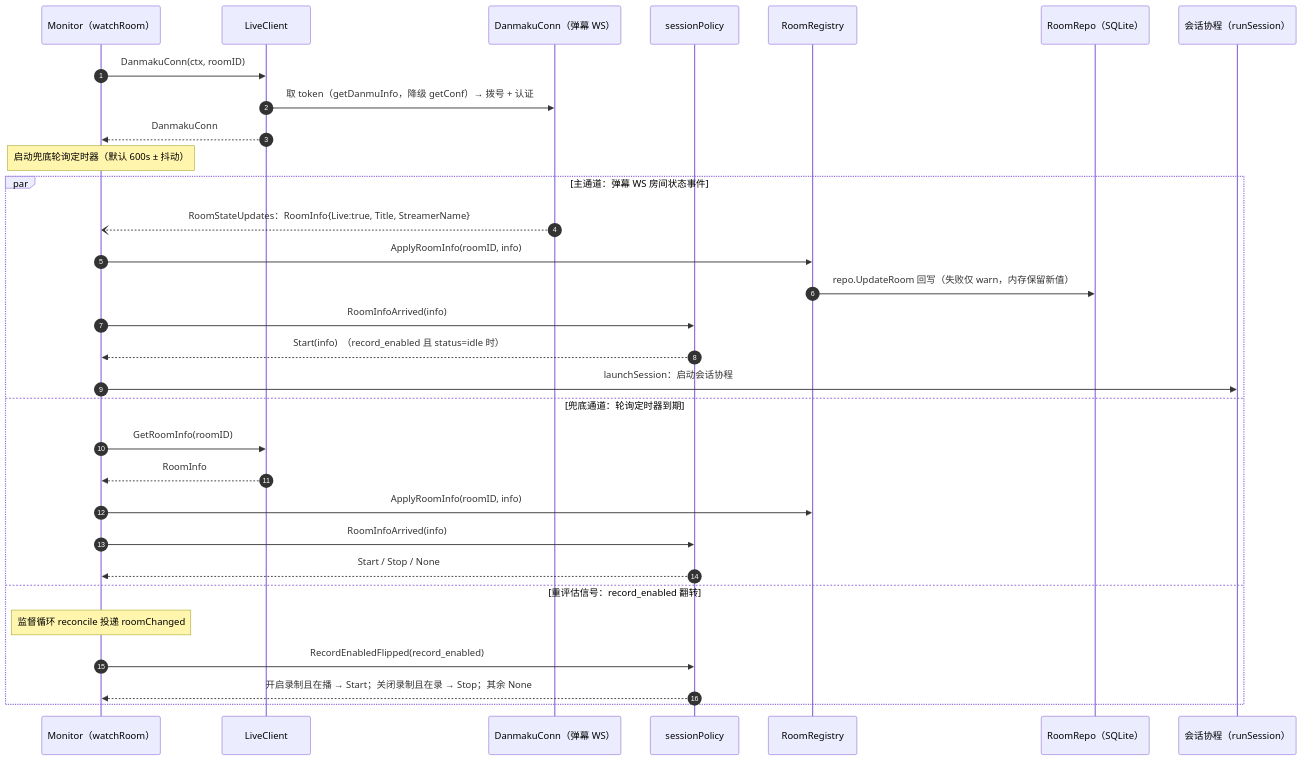
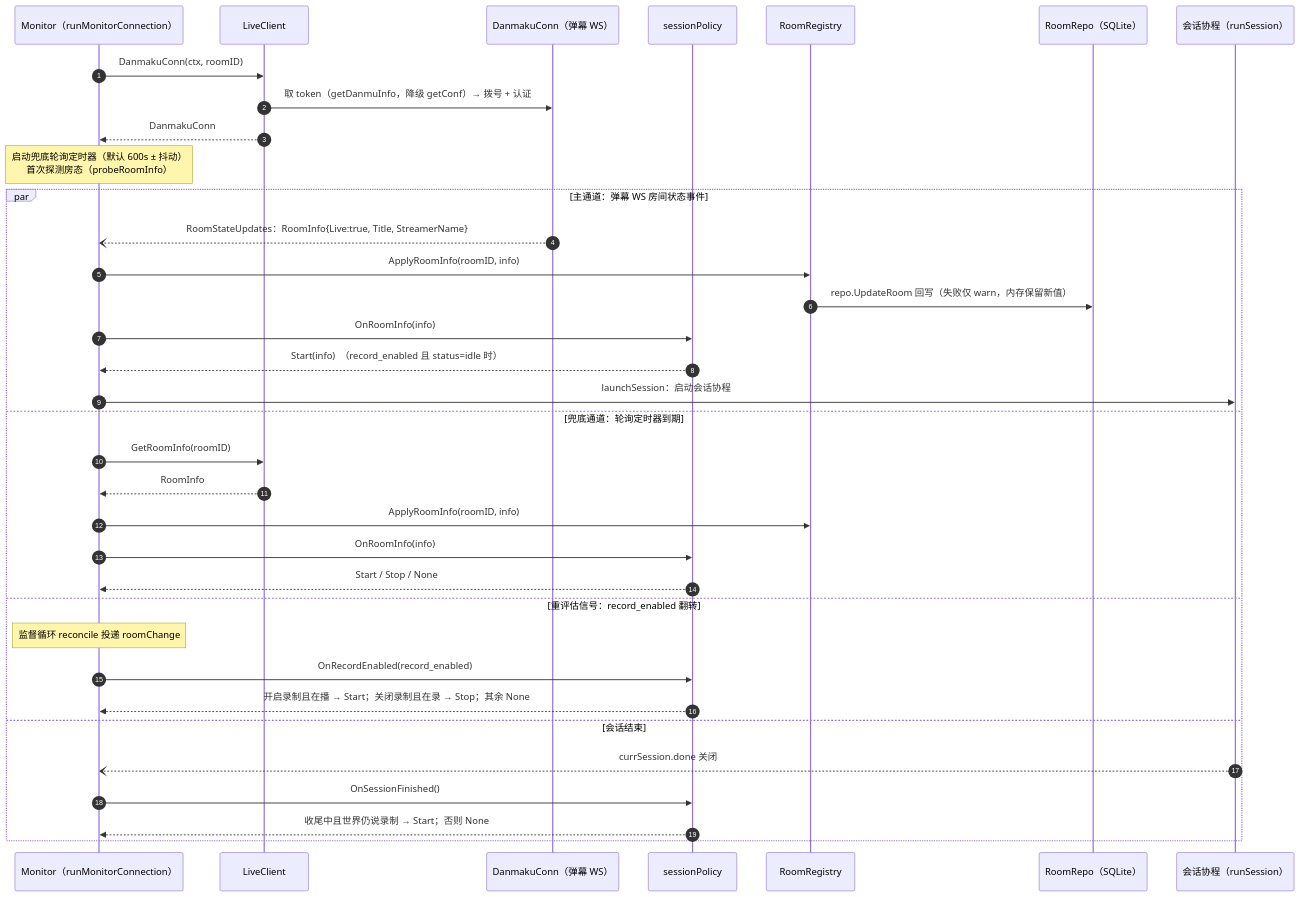
One commit to xgbt/suika changed the fourth of 10 diagrams in docs/design/architecture-diagrams.md. Above: the diagram before and after it, drawn with Mermaid. The commit also changed other lines of this file and 4 other files, not shown here.

````diff
--- a/docs/design/architecture-diagrams.md
+++ b/docs/design/architecture-diagrams.md
@@ -204,35 +202,39 @@
 ```mermaid
 sequenceDiagram
     autonumber
-    participant M as Monitor（watchRoom）
+    participant M as Monitor（runMonitorConnection）
     participant LC as LiveClient
     participant DC as DanmakuConn（弹幕 WS）
     participant P as sessionPolicy
     participant G as RoomRegistry
     participant R as RoomRepo（SQLite）
     participant Sess as 会话协程（runSession）
 
     M->>LC: DanmakuConn(ctx, roomID)
     LC->>DC: 取 token（getDanmuInfo，降级 getConf）→ 拨号 + 认证
     LC-->>M: DanmakuConn
-    Note over M: 启动兜底轮询定时器（默认 600s ± 抖动）
+    Note over M: 启动兜底轮询定时器（默认 600s ± 抖动）<br/>首次探测房态（probeRoomInfo）
 
     par 主通道：弹幕 WS 房间状态事件
         DC--)M: RoomStateUpdates：RoomInfo{Live:true, Title, StreamerName}
         M->>G: ApplyRoomInfo(roomID, info)
         G->>R: repo.UpdateRoom 回写（失败仅 warn，内存保留新值）
-        M->>P: RoomInfoArrived(info)
+        M->>P: OnRoomInfo(info)
         P-->>M: Start(info)　（record_enabled 且 status=idle 时）
         M->>Sess: launchSession：启动会话协程
     and 兜底通道：轮询定时器到期
         M->>LC: GetRoomInfo(roomID)
         LC-->>M: RoomInfo
         M->>G: ApplyRoomInfo(roomID, info)
-        M->>P: RoomInfoArrived(info)
+        M->>P: OnRoomInfo(info)
         P-->>M: Start / Stop / None
     and 重评估信号：record_enabled 翻转
-        Note over M: 监督循环 reconcile 投递 roomChanged
-        M->>P: RecordEnabledFlipped(record_enabled)
+        Note over M: 监督循环 reconcile 投递 roomChange
+        M->>P: OnRecordEnabled(record_enabled)
         P-->>M: 开启录制且在播 → Start；关闭录制且在录 → Stop；其余 None
+    and 会话结束
+        Sess--)M: currSession.done 关闭
+        M->>P: OnSessionFinished()
+        P-->>M: 收尾中且世界仍说录制 → Start；否则 None
     end
 ```
````
